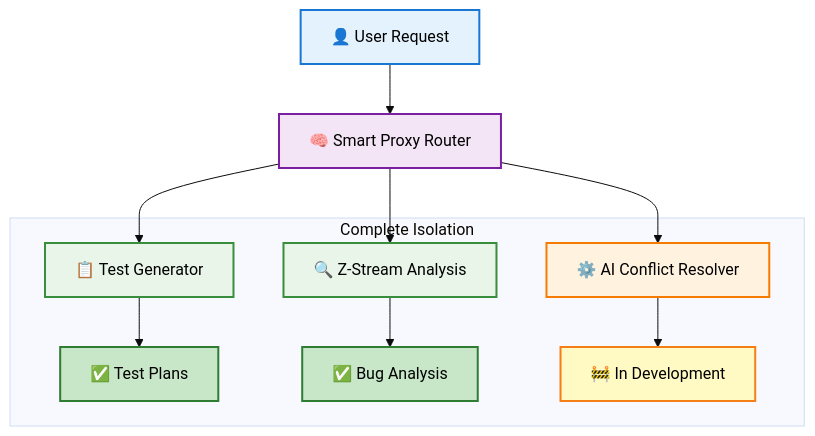
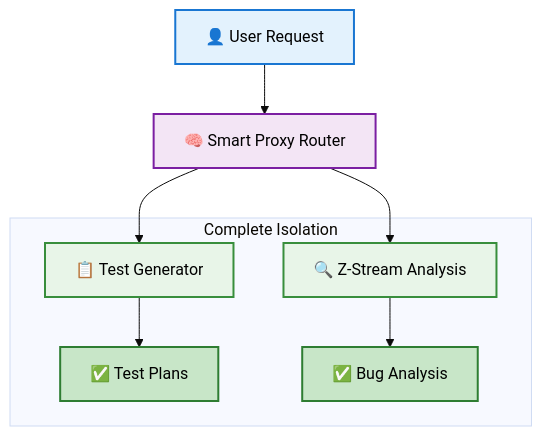
One commit to stolostron/ai-test-gen changed the diagram in README.md. Above: the diagram before and after it, drawn with Mermaid (base theme). The commit also changed other lines of this file, not shown here.

First line of the commit message:
Remove AI Conflict Resolver app references from README

````diff
--- a/README.md
+++ b/README.md
@@ -42,22 +42,18 @@
 ```mermaid
 graph TB
     USER[👤 User Request] --> ROUTER[🧠 Smart Proxy Router]
     ROUTER --> APP1[📋 Test Generator]
     ROUTER --> APP2[🔍 Z-Stream Analysis]
-    ROUTER --> APP3[⚙️ AI Conflict Resolver]
     
     subgraph "Complete Isolation"
         APP1 --> RESULT1[✅ Test Plans]
         APP2 --> RESULT2[✅ Bug Analysis]
-        APP3 --> RESULT3[🚧 In Development]
     end
     
     style USER fill:#e3f2fd,stroke:#1976d2,stroke-width:2px,color:#000000
     style ROUTER fill:#f3e5f5,stroke:#7b1fa2,stroke-width:2px,color:#000000
     style APP1 fill:#e8f5e8,stroke:#388e3c,stroke-width:2px,color:#000000
     style APP2 fill:#e8f5e8,stroke:#388e3c,stroke-width:2px,color:#000000
-    style APP3 fill:#fff3e0,stroke:#f57c00,stroke-width:2px,color:#000000
     style RESULT1 fill:#c8e6c8,stroke:#2e7d32,stroke-width:2px,color:#000000
     style RESULT2 fill:#c8e6c8,stroke:#2e7d32,stroke-width:2px,color:#000000
-    style RESULT3 fill:#fff9c4,stroke:#f57f17,stroke-width:2px,color:#000000
 ```
````
